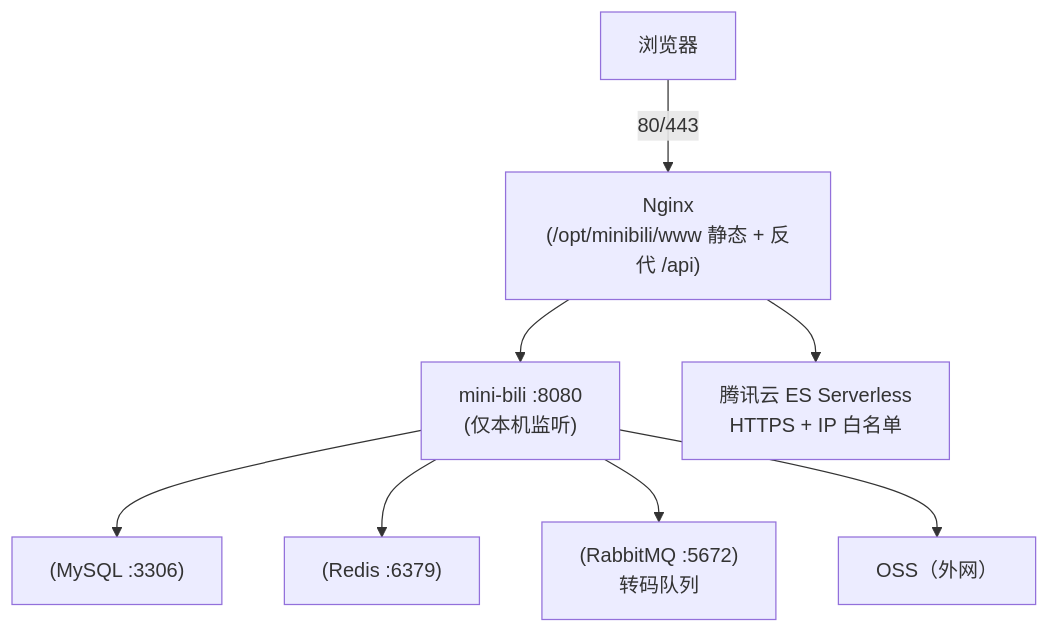
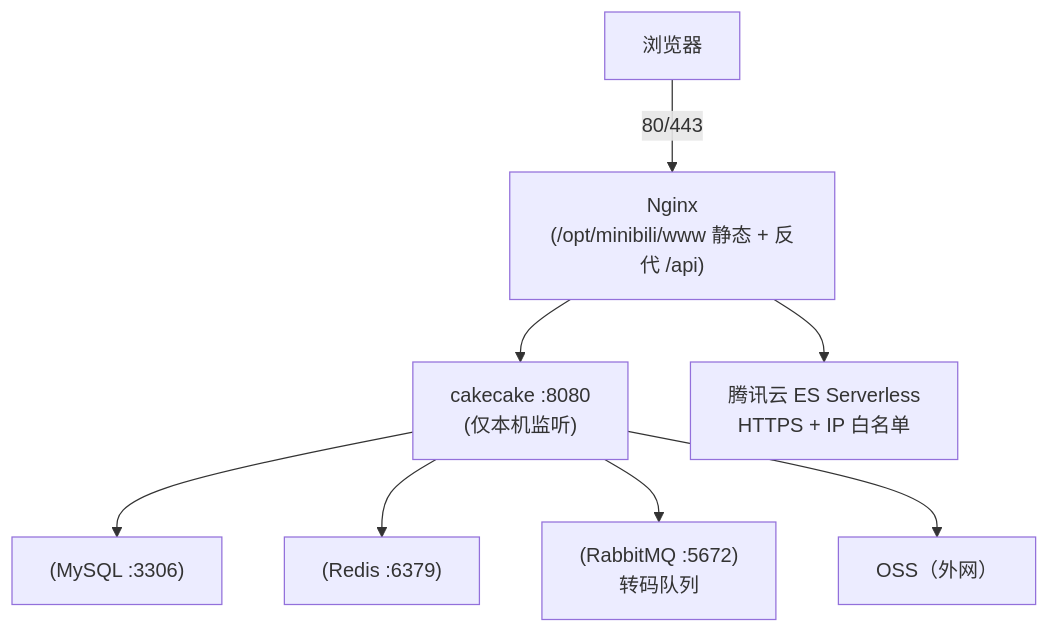
Before and after one commit to earthcake2233/cakecake: the diagram in deploy/DEPLOY.md, drawn with Mermaid. The commit also changed other lines of this file and 728 other files, not shown here.

````diff
--- a/deploy/DEPLOY.md
+++ b/deploy/DEPLOY.md
@@ -29,19 +29,19 @@
 ```mermaid
 graph TD
     Browser[浏览器]
     Nginx["Nginx<br/>(/opt/minibili/www 静态 + 反代 /api)"]
-    App["mini-bili :8080<br/>(仅本机监听)"]
+    App["cakecake :8080<br/>(仅本机监听)"]
     MySQL["(MySQL :3306)"]
     Redis["(Redis :6379)"]
     RMQ["(RabbitMQ :5672)<br/>转码队列"]
     OSS["OSS（外网）"]
     ES["腾讯云 ES Serverless<br/>HTTPS + IP 白名单"]
 
     Browser -->|80/443| Nginx
     Nginx --> App
     App --> MySQL
     App --> Redis
     App --> RMQ
     App --> OSS
     Nginx --> ES
 ```
````
